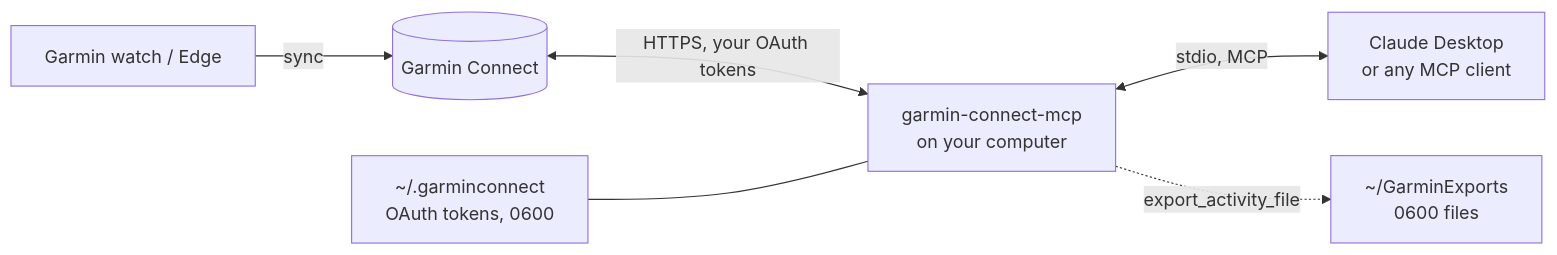
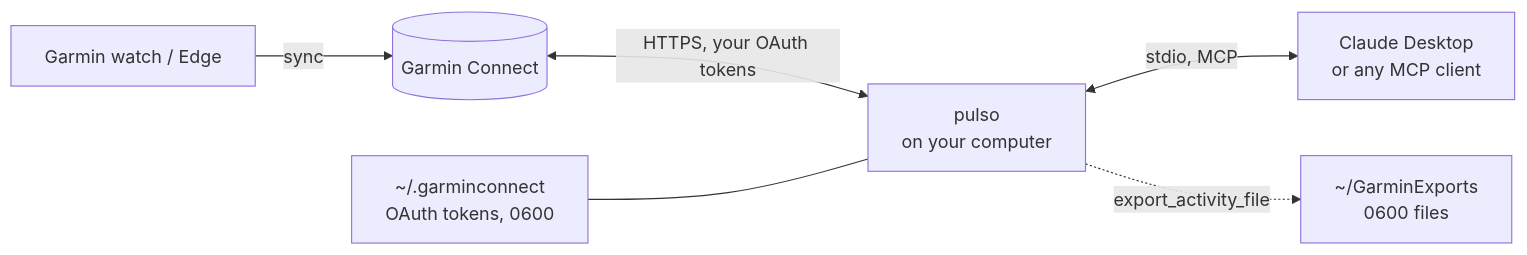
Before and after one commit to scortes5/garmin-connect-mcp: the diagram in README.md, drawn with Mermaid. The commit also changed other lines of this file and 63 other files, not shown here.

````diff
--- a/README.md
+++ b/README.md
@@ -173,8 +173,8 @@
 ```mermaid
 flowchart LR
     W[Garmin watch / Edge] -->|sync| GC[(Garmin Connect)]
-    GC <-->|HTTPS, your OAuth tokens| S[garmin-connect-mcp<br/>on your computer]
+    GC <-->|HTTPS, your OAuth tokens| S[pulso<br/>on your computer]
     S <-->|stdio, MCP| C[Claude Desktop<br/>or any MCP client]
     S -.->|export_activity_file| F[~/GarminExports<br/>0600 files]
     T[~/.garminconnect<br/>OAuth tokens, 0600] --- S
 ```
````
